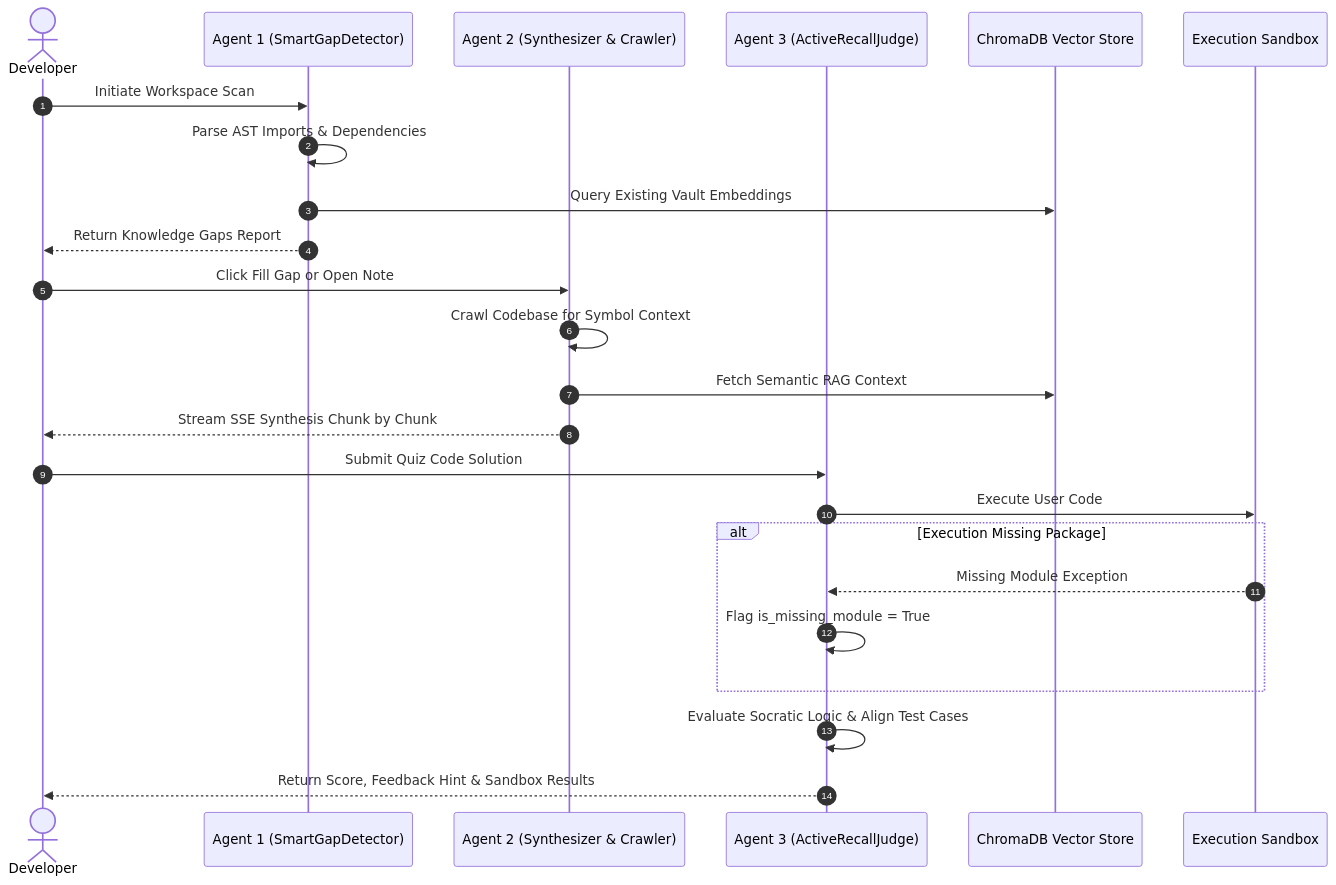
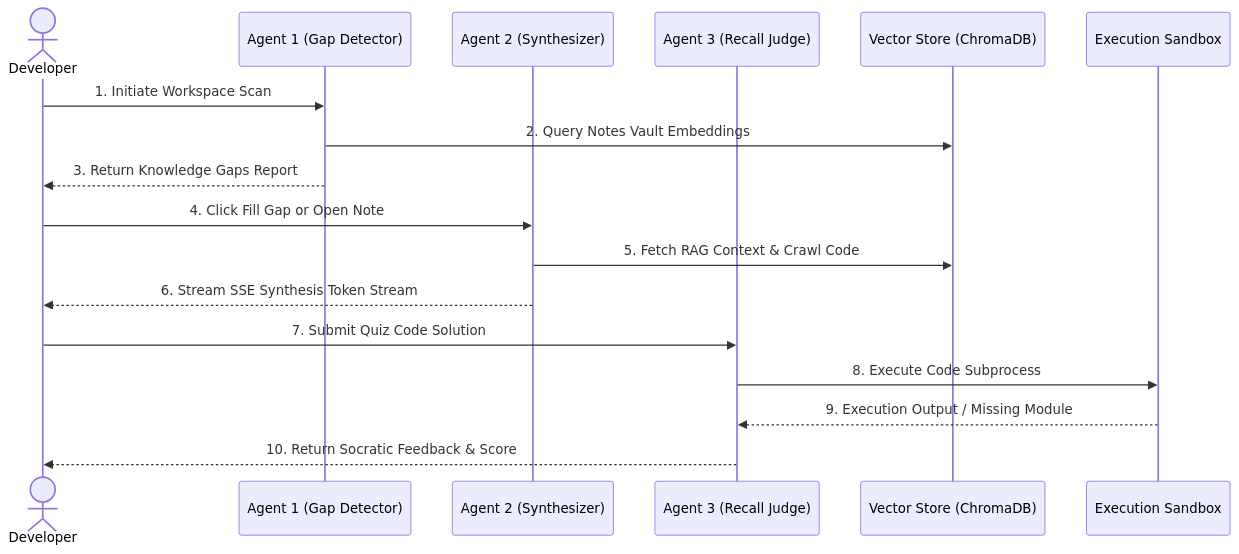
The second of 4 diagrams in README.md (kritika-ghosh/OmniVault), drawn with Mermaid before and after one commit.

````diff
--- a/README.md
+++ b/README.md
@@ -106,29 +106,22 @@
 ```mermaid
 sequenceDiagram
-    autonumber
-    actor User as Developer
-    participant AG1 as Agent 1 (SmartGapDetector)
-    participant AG2 as Agent 2 (Synthesizer & Crawler)
-    participant AG3 as Agent 3 (ActiveRecallJudge)
-    participant Chroma as ChromaDB Vector Store
-    participant SandboxRuntime as Execution Sandbox
+    actor Dev as Developer
+    participant AG1 as Agent 1 (Gap Detector)
+    participant AG2 as Agent 2 (Synthesizer)
+    participant AG3 as Agent 3 (Recall Judge)
+    participant VectorStore as Vector Store (ChromaDB)
+    participant Sandbox as Execution Sandbox
 
-    User->>AG1: Initiate Workspace Scan
-    AG1->>AG1: Parse AST Imports & Dependencies
-    AG1->>Chroma: Query Existing Vault Embeddings
-    AG1-->>User: Return Knowledge Gaps Report
+    Dev->>AG1: 1. Initiate Workspace Scan
+    AG1->>VectorStore: 2. Query Notes Vault Embeddings
+    AG1-->>Dev: 3. Return Knowledge Gaps Report
 
-    User->>AG2: Click Fill Gap or Open Note
-    AG2->>AG2: Crawl Codebase for Symbol Context
-    AG2->>Chroma: Fetch Semantic RAG Context
-    AG2-->>User: Stream SSE Synthesis Chunk by Chunk
+    Dev->>AG2: 4. Click Fill Gap or Open Note
+    AG2->>VectorStore: 5. Fetch RAG Context & Crawl Code
+    AG2-->>Dev: 6. Stream SSE Synthesis Token Stream
 
-    User->>AG3: Submit Quiz Code Solution
-    AG3->>SandboxRuntime: Execute User Code
-    alt Execution Missing Package
-        SandboxRuntime-->>AG3: Missing Module Exception
-        AG3->>AG3: Flag is_missing_module = True
-    end
-    AG3->>AG3: Evaluate Socratic Logic & Align Test Cases
-    AG3-->>User: Return Score, Feedback Hint & Sandbox Results
+    Dev->>AG3: 7. Submit Quiz Code Solution
+    AG3->>Sandbox: 8. Execute Code Subprocess
+    Sandbox-->>AG3: 9. Execution Output / Missing Module
+    AG3-->>Dev: 10. Return Socratic Feedback & Score
 ```
````
